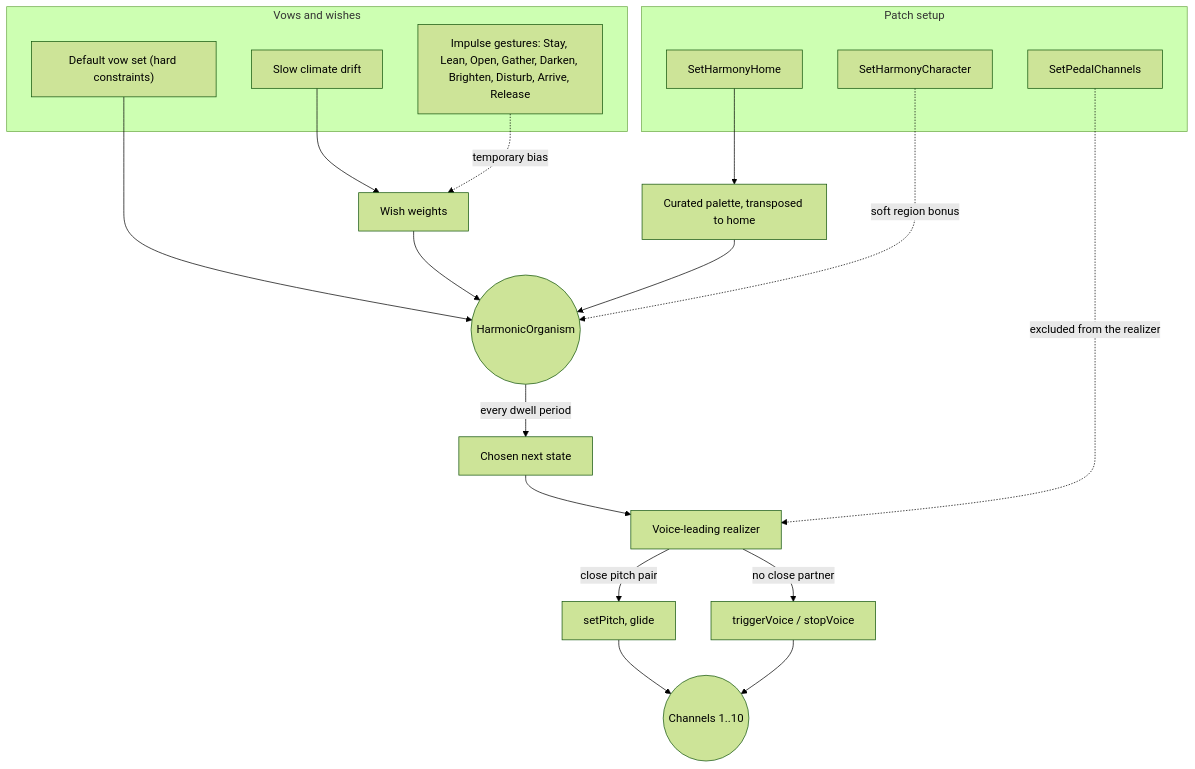
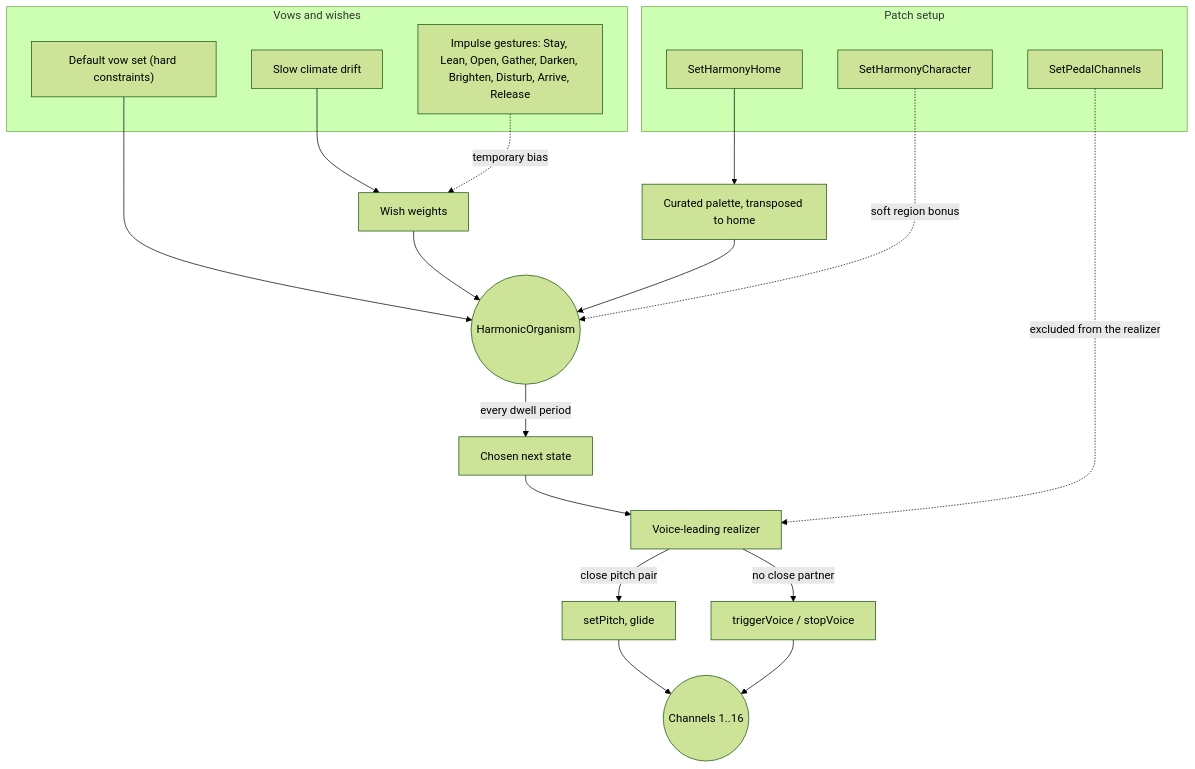
The second of 2 diagrams in examples/ambientpad/README.md (scjurgen/AbacDsp), drawn with Mermaid (forest theme) before and after one commit. The commit also changed other lines of this file and 13 other files, not shown here.

````diff
--- a/examples/ambientpad/README.md
+++ b/examples/ambientpad/README.md
@@ -102,33 +102,33 @@
 ```mermaid
 flowchart TD
     subgraph SETUP["Patch setup"]
         HOME["SetHarmonyHome"]
         CHAR["SetHarmonyCharacter"]
         PEDAL["SetPedalChannels"]
     end
 
     subgraph PREF["Vows and wishes"]
         VOWS["Default vow set (hard constraints)"]
         CLIMATE["Slow climate drift"]
         IMPULSES["Impulse gestures: Stay, Lean, Open, Gather, Darken, Brighten, Disturb, Arrive, Release"]
     end
 
     CLIMATE --> WEIGHTS["Wish weights"]
     IMPULSES -.->|temporary bias| WEIGHTS
 
     HOME --> PALETTE["Curated palette, transposed to home"]
     PALETTE --> ORGANISM(("HarmonicOrganism"))
     VOWS --> ORGANISM
     WEIGHTS --> ORGANISM
     CHAR -.->|soft region bonus| ORGANISM
 
     ORGANISM -->|every dwell period| TRANSITION["Chosen next state"]
     TRANSITION --> REALIZER["Voice-leading realizer"]
     PEDAL -.->|excluded from the realizer| REALIZER
 
     REALIZER -->|close pitch pair| GLIDE["setPitch, glide"]
     REALIZER -->|no close partner| FADE["triggerVoice / stopVoice"]
 
-    GLIDE --> VOICES(("Channels 1..10"))
+    GLIDE --> VOICES(("Channels 1..16"))
     FADE --> VOICES
 ```
````
